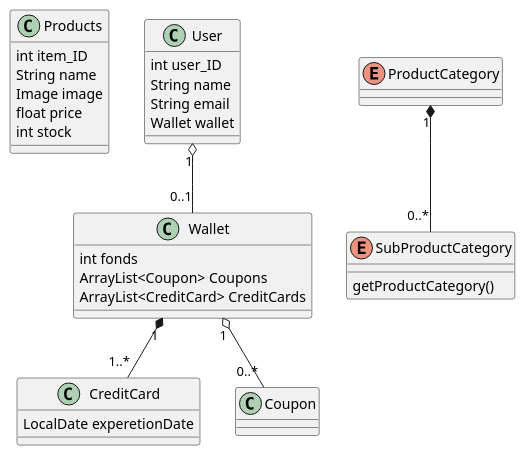
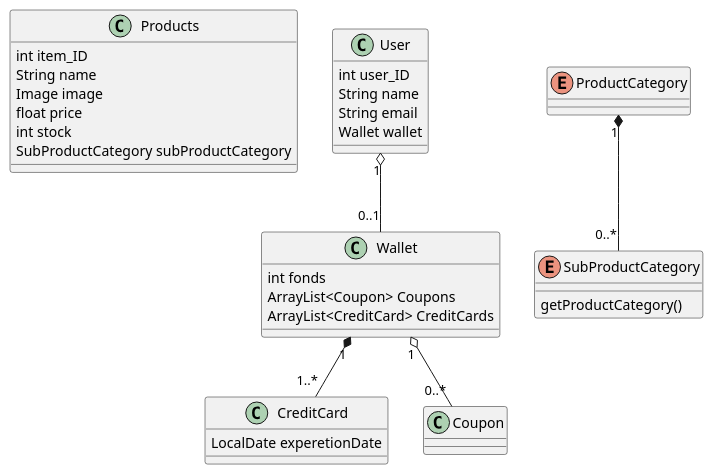
One commit to AJungersen/DDU-Eksamensprojekt changed the diagram in Class diagram.wsd. Above: the diagram before and after it, drawn with PlantUML. The commit also changed 10 other files, not shown here.

```diff
--- a/Class diagram.wsd
+++ b/Class diagram.wsd
@@ -1,45 +1,46 @@
 @startuml
 class Products {
     int item_ID
     String name
     Image image
     float price
     int stock
+    SubProductCategory subProductCategory
 }
 
 class User {
     int user_ID
     String name
     String email
     Wallet wallet
 }
 
 Class Wallet {
     int fonds
     ArrayList<Coupon> Coupons
     ArrayList<CreditCard> CreditCards
 }
 
 class CreditCard {
     LocalDate experetionDate
 }
 
 class Coupon {
     
 }
 
 enum ProductCategory {
 
 }
 
 enum SubProductCategory {
 
     getProductCategory()
 }
 
 Wallet "1" o-- "0..*" Coupon
 Wallet "1" *-- "1..*" CreditCard
 User "1" o-- "0..1" Wallet
 ProductCategory "1" *-- "0..*" SubProductCategory
 
 @enduml
```
